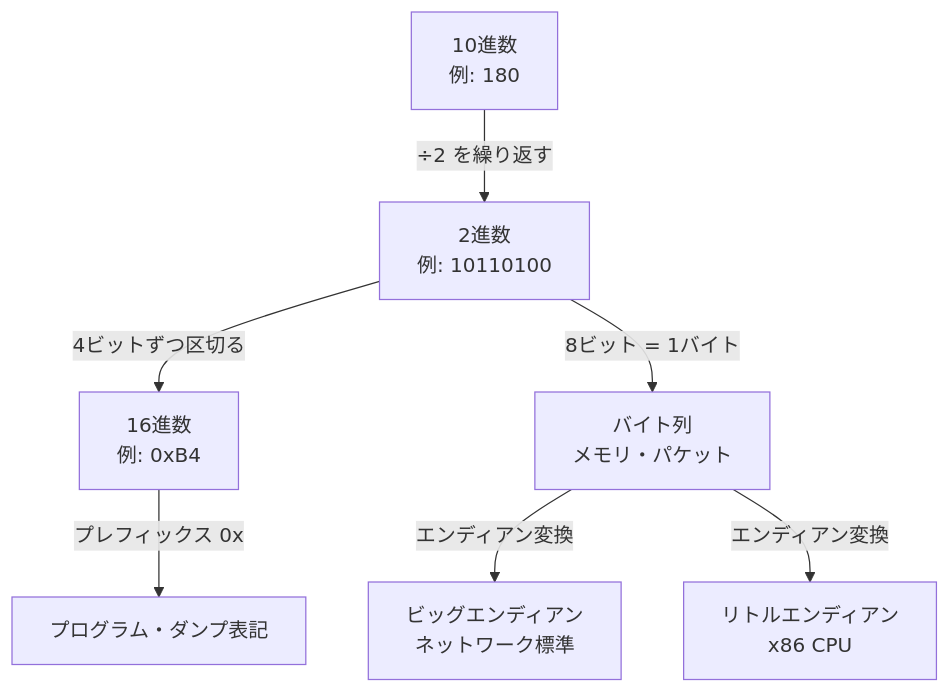
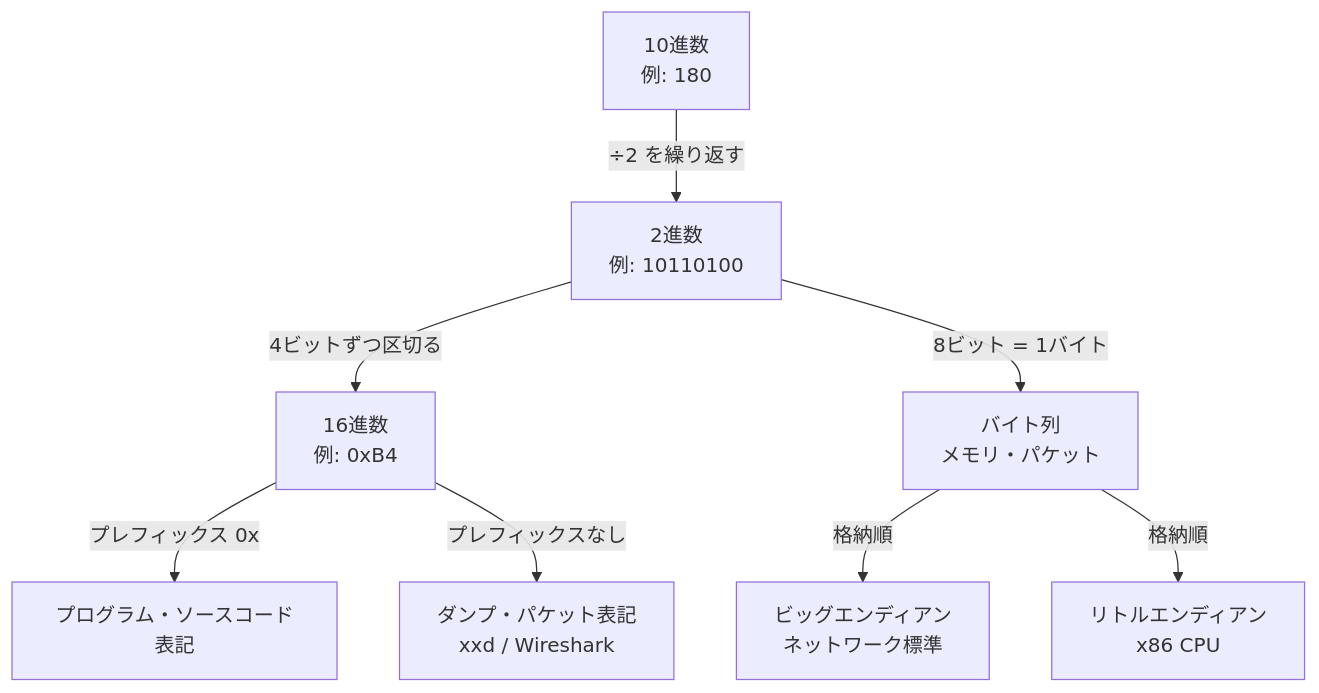
Before and after one commit to Omni-lab26/recon0x-content: the first of 3 diagrams in articles/binary-hex-bitops/index.mdx, drawn with Mermaid. The commit also changed other lines of this file, not shown here.

````diff
--- a/articles/binary-hex-bitops/index.mdx
+++ b/articles/binary-hex-bitops/index.mdx
@@ -52,9 +52,10 @@
 ```mermaid
 flowchart TD
     A[10進数\n例: 180] -->|÷2 を繰り返す| B[2進数\n例: 10110100]
     B -->|4ビットずつ区切る| C[16進数\n例: 0xB4]
-    C -->|プレフィックス 0x| D[プログラム・ダンプ表記]
-    B -->|8ビット = 1バイト| E[バイト列\nメモリ・パケット]
-    E -->|エンディアン変換| F[ビッグエンディアン\nネットワーク標準]
-    E -->|エンディアン変換| G[リトルエンディアン\nx86 CPU]
+    C -->|プレフィックス 0x| D[プログラム・ソースコード表記]
+    C -->|プレフィックスなし| E[ダンプ・パケット表記\nxxd / Wireshark]
+    B -->|8ビット = 1バイト| F[バイト列\nメモリ・パケット]
+    F -->|格納順| G[ビッグエンディアン\nネットワーク標準]
+    F -->|格納順| H[リトルエンディアン\nx86 CPU]
 ```
````
